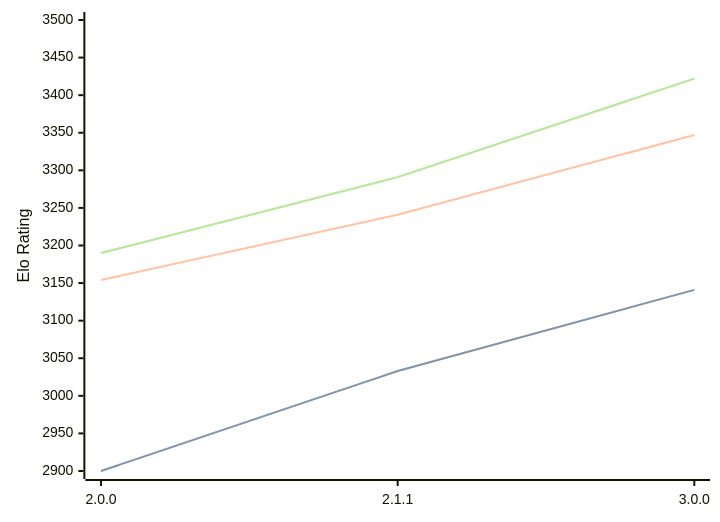
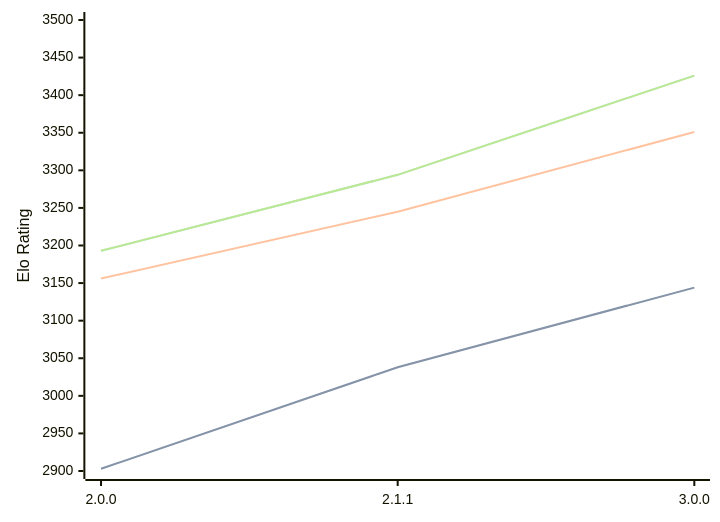
Before and after one commit to computer-chess-index/cci: the diagram in engines/Bread.md, drawn with Mermaid. The commit also changed other lines of this file, not shown here.

Commit message:
Update CCI Ratings (ELO VLTC) - 2026-04-30

````diff
--- a/engines/Bread.md
+++ b/engines/Bread.md
@@ -51,11 +51,11 @@
 ```mermaid
 %%{init: {"theme":"base","themeVariables":{"seriesColors:['#a3a3a3','#222221','#faa371']}}}%%
 xychart-beta
   x-axis ["2.0.0", "2.1.1", "3.0.0"]
   y-axis "Elo Rating" 2900 --> 3500
-  line "STC (8.0+0.08s)" [2900, 3033, 3141]
-  line "STC (8.0+0.08s)" [2900, 3033, 3141]
-  line "LTC (60.0+0.60s)" [3154, 3241, 3347]
-  line "VLTC (2m24s+1.12s)" [3190, 3291, 3422]
-  line "VLTC (2m24s+1.12s)" [3190, 3291, 3422]
+  line "STC (8.0+0.08s)" [2903, 3038, 3144]
+  line "STC (8.0+0.08s)" [2903, 3038, 3144]
+  line "LTC (60.0+0.60s)" [3156, 3245, 3351]
+  line "VLTC (2m24s+1.12s)" [3193, 3294, 3426]
+  line "VLTC (2m24s+1.12s)" [3193, 3294, 3426]
 ```
````
